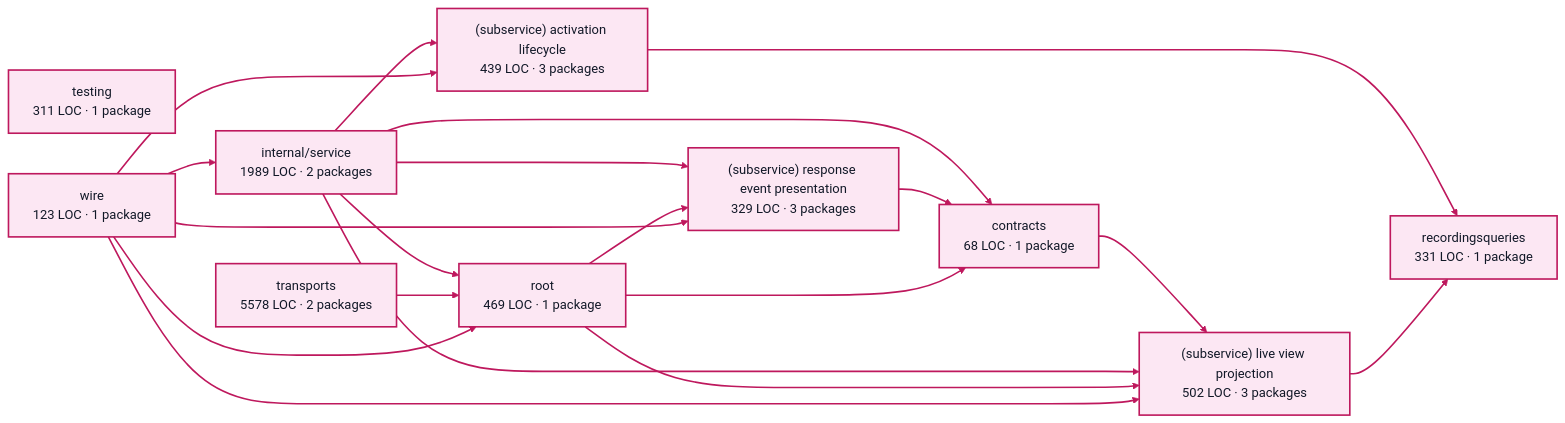
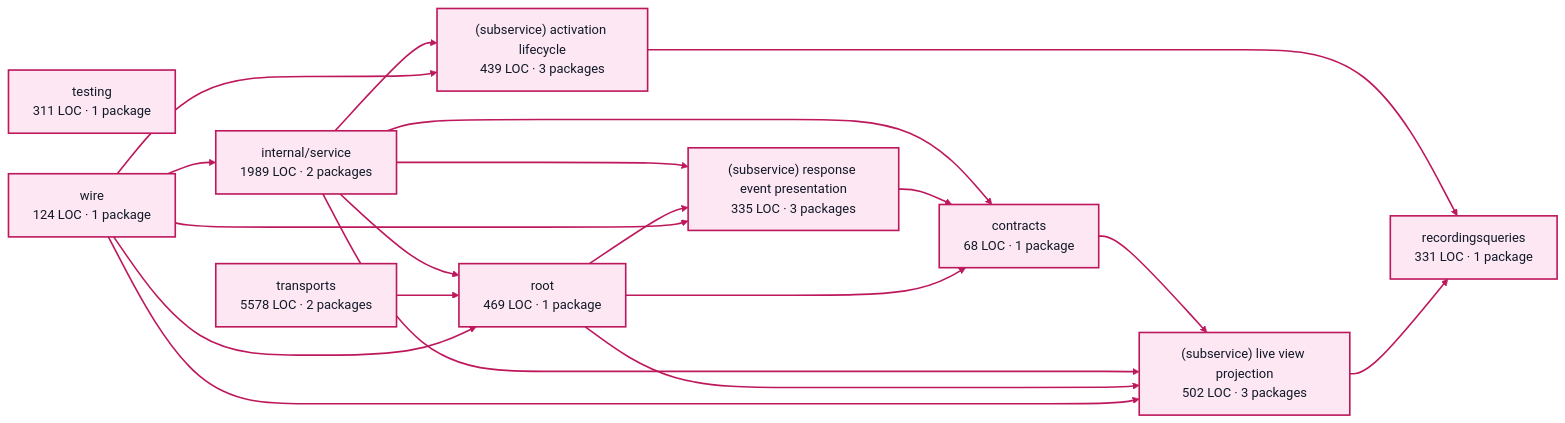
Before and after one commit to portpowered/you-agent-factory: the diagram in docs/architecture/visualizations/services/factory_visualization.md, drawn with Mermaid. The commit also changed other lines of this file and 21 other files, not shown here.

Commit message:
docs: refresh backend architecture visualizations

````diff
--- a/docs/architecture/visualizations/services/factory_visualization.md
+++ b/docs/architecture/visualizations/services/factory_visualization.md
@@ -11,42 +11,42 @@
 ```mermaid
 flowchart LR
   p0["contracts<br/>68 LOC · 1 package"]
   p1["recordingsqueries<br/>331 LOC · 1 package"]
   p2["internal/service<br/>1989 LOC · 2 packages"]
   p3["(subservice) activation lifecycle<br/>439 LOC · 3 packages"]
   p4["(subservice) live view projection<br/>502 LOC · 3 packages"]
-  p5["(subservice) response event presentation<br/>329 LOC · 3 packages"]
+  p5["(subservice) response event presentation<br/>335 LOC · 3 packages"]
   p6["testing<br/>311 LOC · 1 package"]
   p7["root<br/>469 LOC · 1 package"]
   p8["transports<br/>5578 LOC · 2 packages"]
-  p9["wire<br/>123 LOC · 1 package"]
+  p9["wire<br/>124 LOC · 1 package"]
   p0 --> p4
   p2 --> p0
   p2 --> p3
   p2 --> p4
   p2 --> p5
   p2 --> p7
   p3 --> p1
   p4 --> p1
   p5 --> p0
   p7 --> p0
   p7 --> p4
   p7 --> p5
   p8 --> p7
   p9 --> p2
   p9 --> p3
   p9 --> p4
   p9 --> p5
   p9 --> p7
   style p0 fill:#fce7f3,stroke:#be185d,stroke-width:2px,color:#111827
   style p1 fill:#fce7f3,stroke:#be185d,stroke-width:2px,color:#111827
   style p2 fill:#fce7f3,stroke:#be185d,stroke-width:2px,color:#111827
   style p3 fill:#fce7f3,stroke:#be185d,stroke-width:2px,color:#111827
   style p4 fill:#fce7f3,stroke:#be185d,stroke-width:2px,color:#111827
   style p5 fill:#fce7f3,stroke:#be185d,stroke-width:2px,color:#111827
   style p6 fill:#fce7f3,stroke:#be185d,stroke-width:2px,color:#111827
   style p7 fill:#fce7f3,stroke:#be185d,stroke-width:2px,color:#111827
   style p8 fill:#fce7f3,stroke:#be185d,stroke-width:2px,color:#111827
   style p9 fill:#fce7f3,stroke:#be185d,stroke-width:2px,color:#111827
   linkStyle default stroke:#be185d,stroke-width:2px
 ```
````
